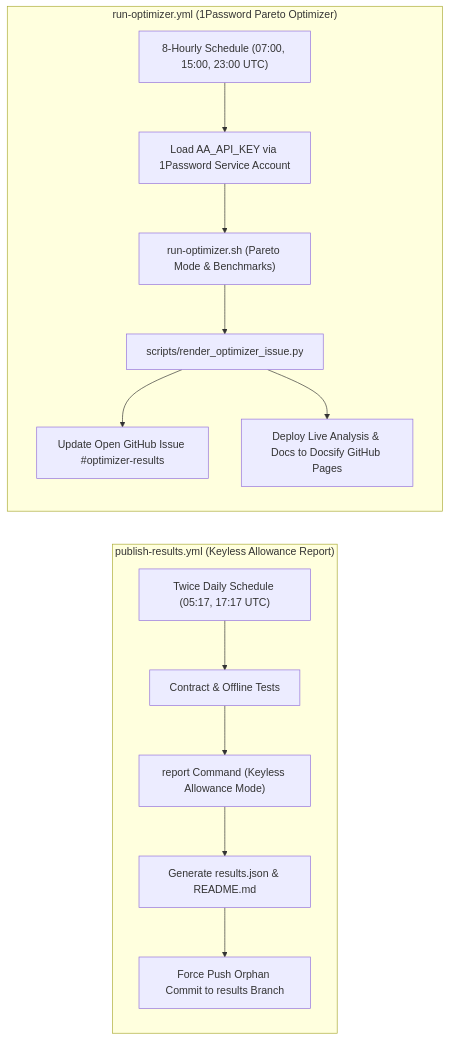
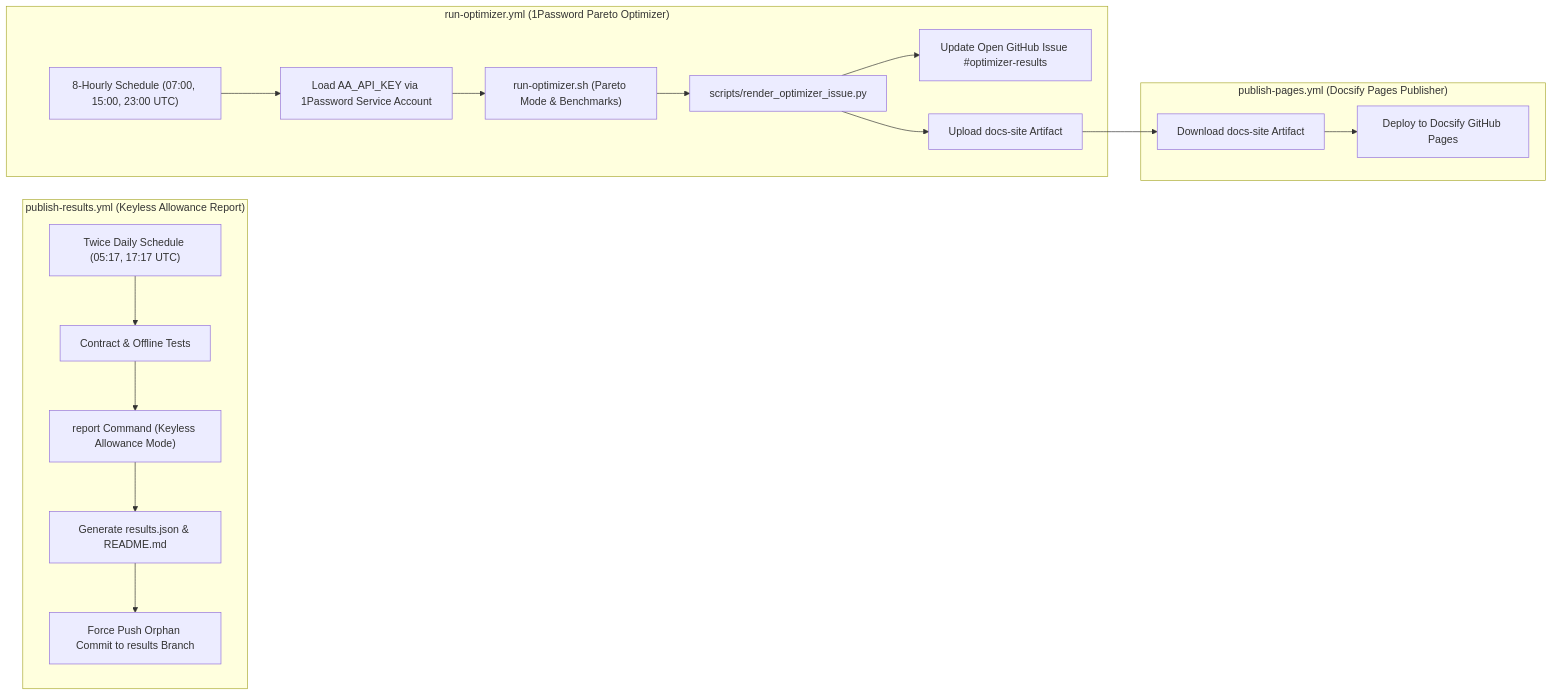
One commit to dbensmith/opencode-go-model-optimizer changed the fifth of 5 diagrams in README.md. Above: the diagram before and after it, drawn with Mermaid. The commit also changed other lines of this file and 5 other files, not shown here.

Commit message:
feat(ci): publish the Docsify site from a dedicated Pages workflow

````diff
--- a/README.md
+++ b/README.md
@@ -352,17 +352,22 @@
 ```mermaid
 flowchart LR
     subgraph W1["publish-results.yml (Keyless Allowance Report)"]
         CRON1["Twice Daily Schedule (05:17, 17:17 UTC)"] --> TEST1["Contract & Offline Tests"]
         TEST1 --> REP1["report Command (Keyless Allowance Mode)"]
         REP1 --> ARTIFACT1["Generate results.json & README.md"]
         ARTIFACT1 --> PUSH1["Force Push Orphan Commit to results Branch"]
     end
 
     subgraph W2["run-optimizer.yml (1Password Pareto Optimizer)"]
         CRON2["8-Hourly Schedule (07:00, 15:00, 23:00 UTC)"] --> OP2["Load AA_API_KEY via 1Password Service Account"]
         OP2 --> OPT2["run-optimizer.sh (Pareto Mode & Benchmarks)"]
         OPT2 --> RENDER2["scripts/render_optimizer_issue.py"]
         RENDER2 --> ISSUE2["Update Open GitHub Issue #optimizer-results"]
-        RENDER2 --> PAGES2["Deploy Live Analysis & Docs to Docsify GitHub Pages"]
+        RENDER2 --> ARTIFACT2["Upload docs-site Artifact"]
     end
+
+    subgraph W3["publish-pages.yml (Docsify Pages Publisher)"]
+        DOWNLOAD3["Download docs-site Artifact"] --> DEPLOY3["Deploy to Docsify GitHub Pages"]
+    end
+    ARTIFACT2 --> DOWNLOAD3
 ```
````
